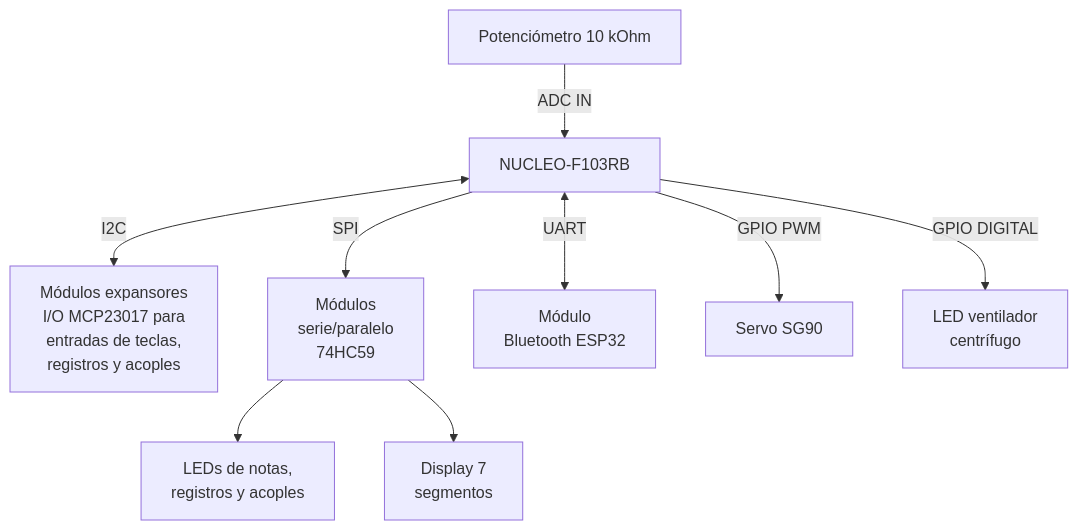
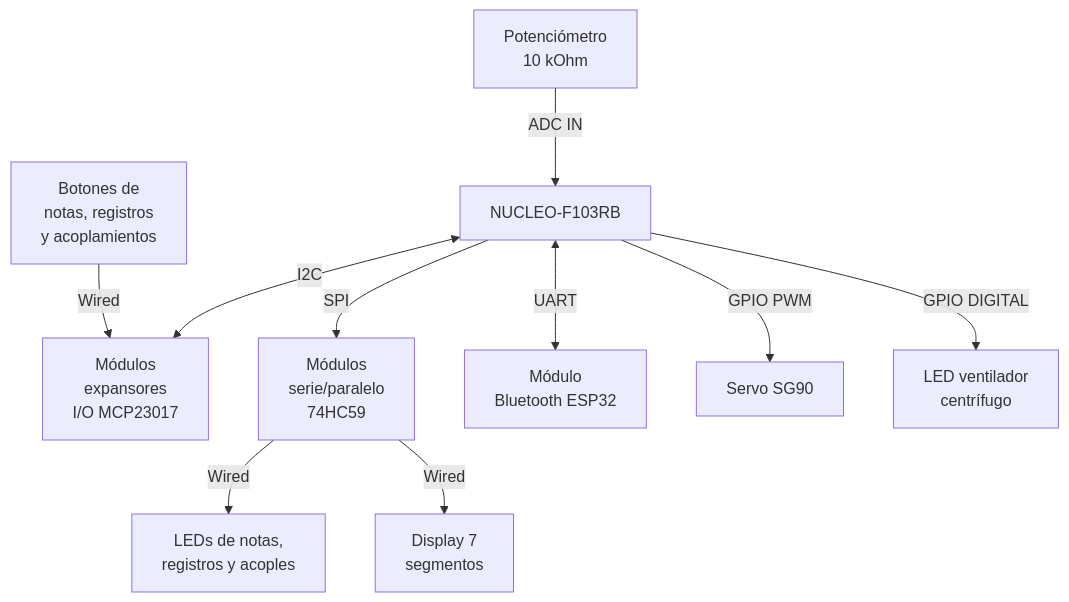
The diagram in Readme.md (mpdcfiuba/tdse-tf_3-4), drawn with Mermaid before and after one commit.

Commit message:
diagrama en bloques

````diff
--- a/Readme.md
+++ b/Readme.md
@@ -112,28 +112,33 @@
 ```mermaid
-flowchart TD
+	flowchart TD
 	A[NUCLEO-F103RB]
 	
-	A <-->|I2C| B["Módulos expansores
-	I/O MCP23017 para
-	entradas de teclas,
-	registros y acoples"]
-	
+	A <-->|I2C| B["Módulos
+	expansores
+	I/O MCP23017"]
+
 	A -->|SPI| C["Módulos
 	serie/paralelo
 	74HC59"]
-	
+
 	A <-->|UART| D["Módulo
 	Bluetooth ESP32"]
-	E["Potenciómetro 10 kOhm"] -->|ADC IN| A
-	
+
+	E["Potenciómetro
+  10 kOhm"] -->|ADC IN| A
+
 	A -->|GPIO PWM| F["Servo SG90"]
 	
 	A -->|GPIO DIGITAL| G["LED ventilador
 	centrífugo"]
 	
-	C --> H["LEDs de notas,
+	C -->|Wired| H["LEDs de notas,
 	registros y acoples"]
 	
-	C --> I["Display 7
+	C -->|Wired| I["Display 7
 	segmentos"]
+	
+	J["Botones de
+	notas, registros
+	y acoplamientos"] -->|Wired| B
 ```
````
